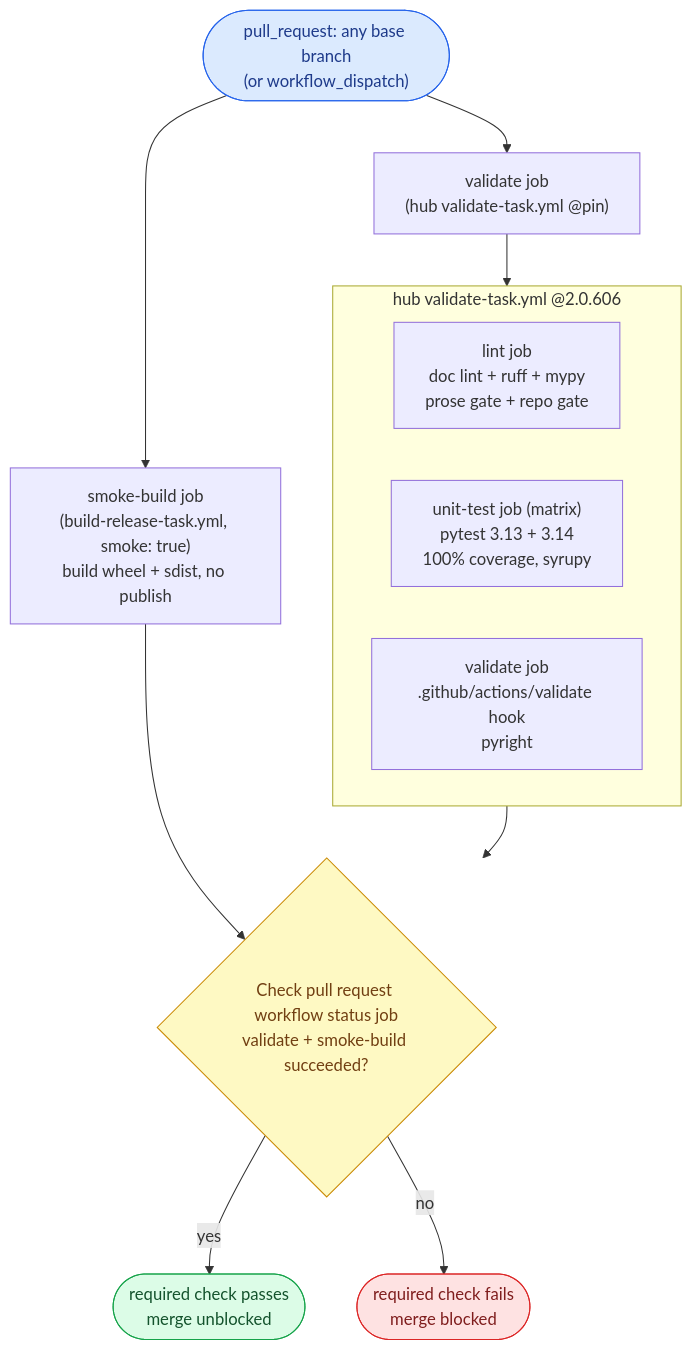
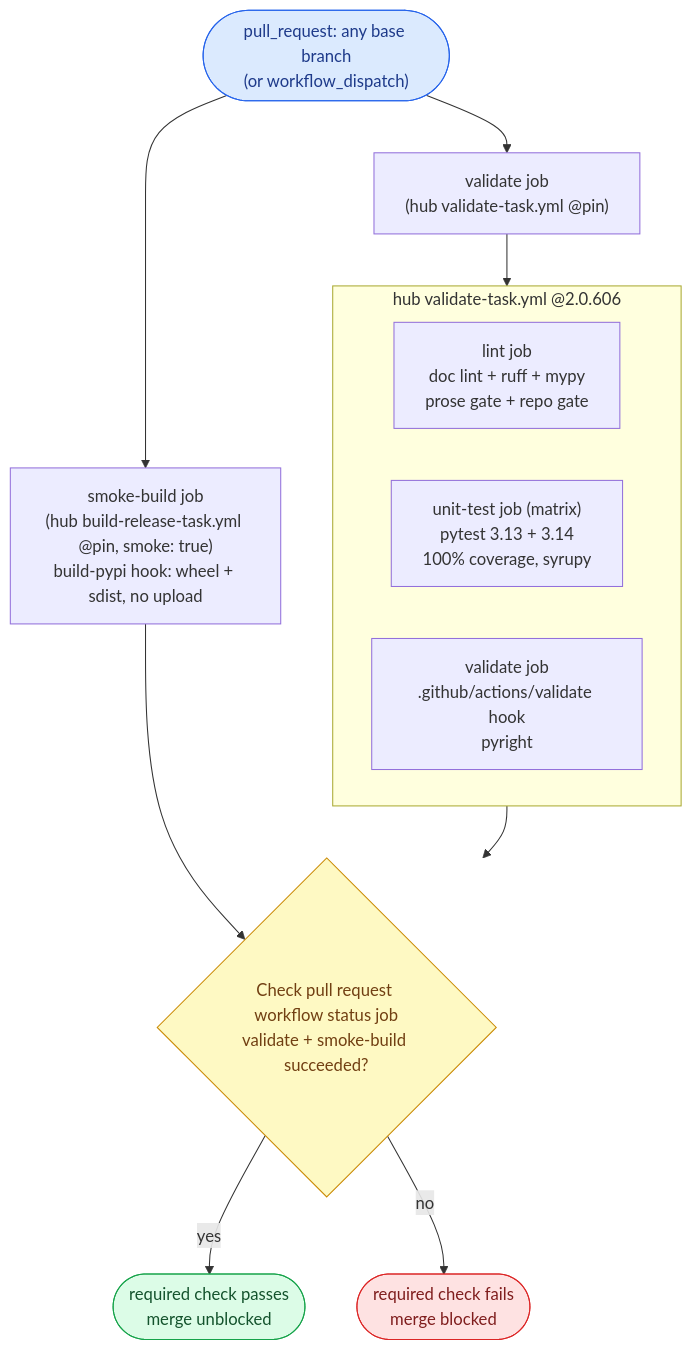
One commit to ptr727/aiopurpleair changed the first of 3 diagrams in WORKFLOW.md. Above: the diagram before and after it, drawn with Mermaid. The commit also changed other lines of this file and 6 other files, not shown here.

First line of the commit message:
Adopt the hub release chain with a build-pypi caller hook

````diff
--- a/WORKFLOW.md
+++ b/WORKFLOW.md
@@ -111,20 +112,20 @@
 ```mermaid
 flowchart TD
     T(["pull_request: any base branch<br/>(or workflow_dispatch)"]):::trig
     T --> V["validate job<br/>(hub validate-task.yml @pin)"]
-    T --> SB["smoke-build job<br/>(build-release-task.yml, smoke: true)<br/>build wheel + sdist, no publish"]
+    T --> SB["smoke-build job<br/>(hub build-release-task.yml @pin, smoke: true)<br/>build-pypi hook: wheel + sdist, no upload"]
     subgraph VT ["hub validate-task.yml @2.0.606"]
         LN["lint job<br/>doc lint + ruff + mypy<br/>prose gate + repo gate"]
         TS["unit-test job (matrix)<br/>pytest 3.13 + 3.14<br/>100% coverage, syrupy"]
         VH["validate job<br/>.github/actions/validate hook<br/>pyright"]
     end
     V --> VT
     VT --> A{"Check pull request workflow status job<br/>validate + smoke-build succeeded?"}:::gate
     SB --> A
     A -- "yes" --> G(["required check passes<br/>merge unblocked"]):::pub
     A -- "no" --> R(["required check fails<br/>merge blocked"]):::stop
     classDef trig fill:#dbeafe,stroke:#2563eb,color:#1e3a8a
     classDef gate fill:#fef9c3,stroke:#ca8a04,color:#713f12
     classDef pub fill:#dcfce7,stroke:#16a34a,color:#14532d
     classDef stop fill:#fee2e2,stroke:#dc2626,color:#7f1d1d
 ```
````
